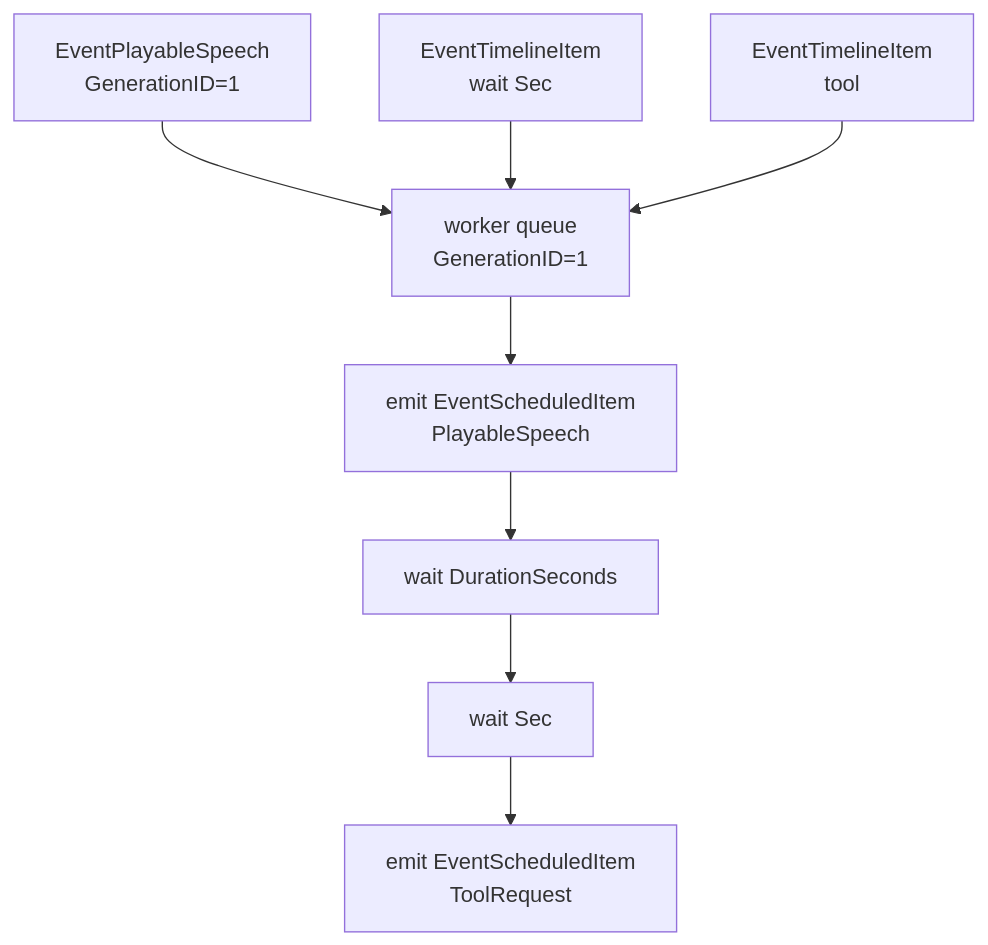
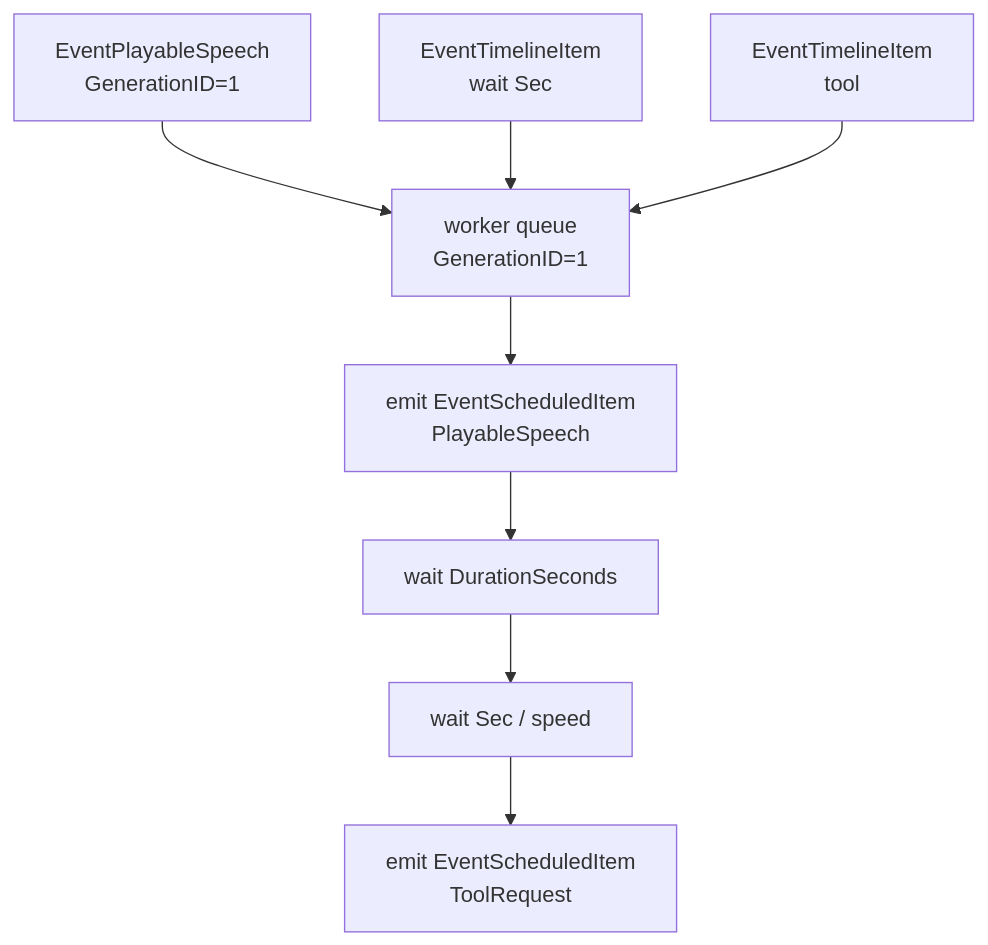
Before and after one commit to tetetratra/smart-speaker: the second of 2 diagrams in docs/components/scheduler.md, drawn with Mermaid. The commit also changed other lines of this file and 5 other files, not shown here.

````diff
--- a/docs/components/scheduler.md
+++ b/docs/components/scheduler.md
@@ -112,10 +109,10 @@
 ```mermaid
 flowchart TD
     A["EventPlayableSpeech<br/>GenerationID=1"] --> Q["worker queue<br/>GenerationID=1"]
     B["EventTimelineItem<br/>wait Sec"] --> Q
     C["EventTimelineItem<br/>tool"] --> Q
     Q --> D["emit EventScheduledItem<br/>PlayableSpeech"]
     D --> E["wait DurationSeconds"]
-    E --> F["wait Sec"]
+    E --> F["wait Sec / speed"]
     F --> G["emit EventScheduledItem<br/>ToolRequest"]
 ```
````
